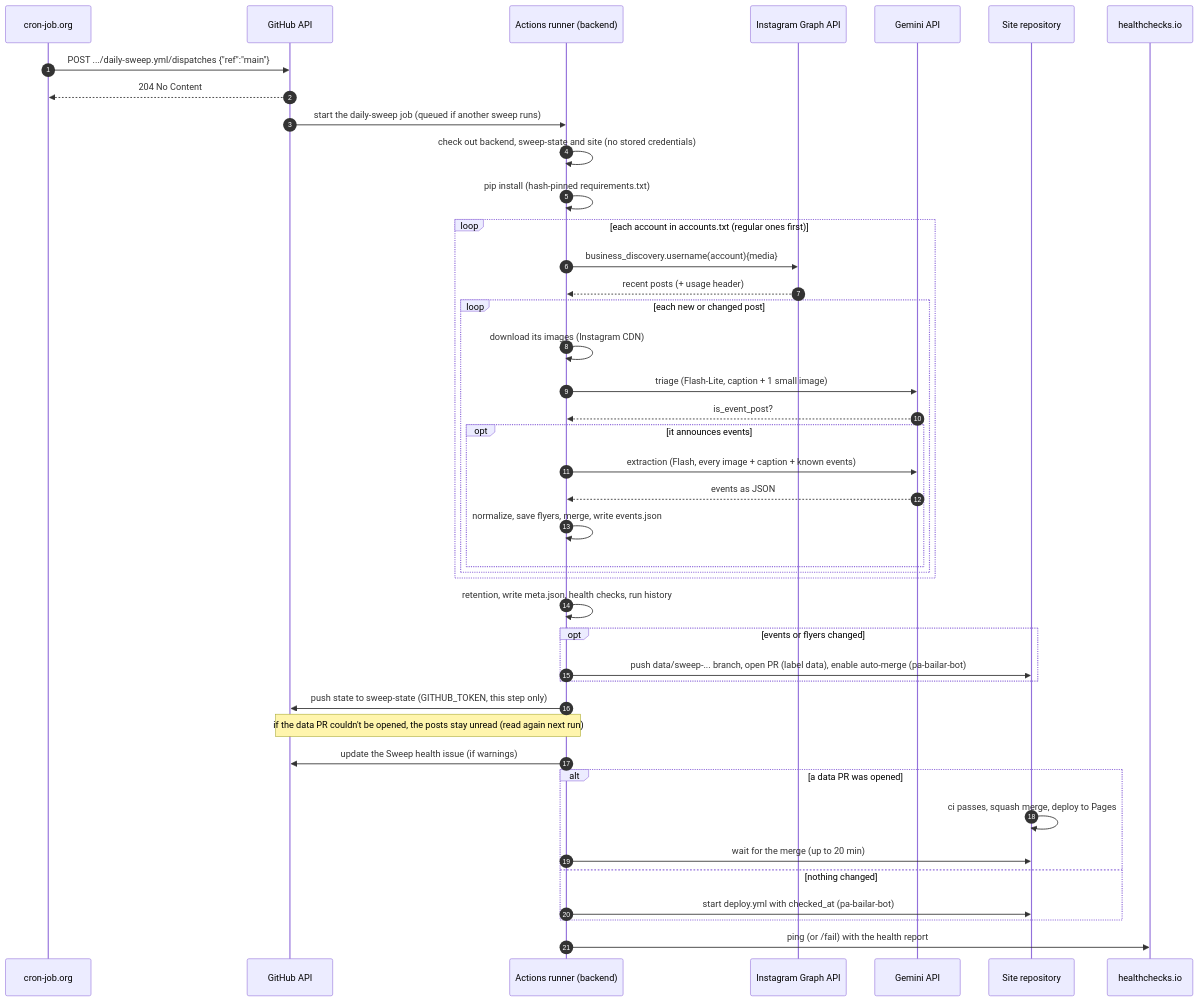
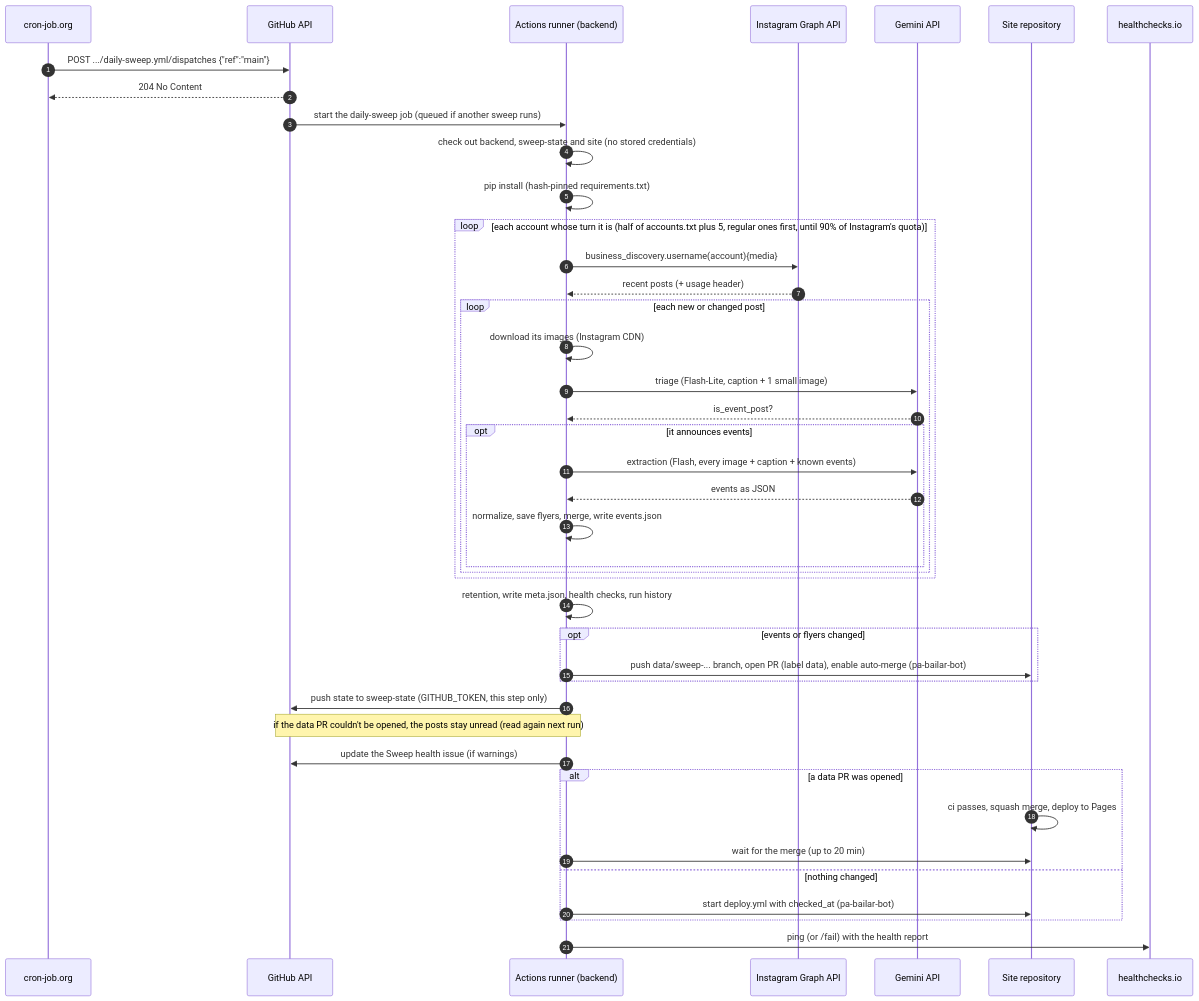
Before and after one commit to pa-bailar/backend: the second of 12 diagrams in docs/ARCHITECTURE.md, drawn with Mermaid. The commit also changed other lines of this file and 2 other files, not shown here.

Commit message:
docs: admin waits and inbox scope, request job, key errors, tokens, capacity, whose turn it is

````diff
--- a/docs/ARCHITECTURE.md
+++ b/docs/ARCHITECTURE.md
@@ -251,45 +251,45 @@
 ```mermaid
 sequenceDiagram
     autonumber
     participant CJ as cron-job.org
     participant GH as GitHub API
     participant R as Actions runner (backend)
     participant IG as Instagram Graph API
     participant G as Gemini API
     participant S as Site repository
     participant HC as healthchecks.io
 
     CJ->>GH: POST .../daily-sweep.yml/dispatches {"ref":"main"}
     GH-->>CJ: 204 No Content
     GH->>R: start the daily-sweep job (queued if another sweep runs)
     R->>R: check out backend, sweep-state and site (no stored credentials)
     R->>R: pip install (hash-pinned requirements.txt)
-    loop each account in accounts.txt (regular ones first)
+    loop each account whose turn it is (half of accounts.txt plus 5, regular ones first, until 90% of Instagram's quota)
         R->>IG: business_discovery.username(account){media}
         IG-->>R: recent posts (+ usage header)
         loop each new or changed post
             R->>R: download its images (Instagram CDN)
             R->>G: triage (Flash-Lite, caption + 1 small image)
             G-->>R: is_event_post?
             opt it announces events
                 R->>G: extraction (Flash, every image + caption + known events)
                 G-->>R: events as JSON
                 R->>R: normalize, save flyers, merge, write events.json
             end
         end
     end
     R->>R: retention, write meta.json, health checks, run history
     opt events or flyers changed
         R->>S: push data/sweep-... branch, open PR (label data), enable auto-merge (pa-bailar-bot)
     end
     R->>GH: push state to sweep-state (GITHUB_TOKEN, this step only)
     Note over R,GH: if the data PR couldn't be opened, the posts stay unread (read again next run)
     R->>GH: update the Sweep health issue (if warnings)
     alt a data PR was opened
         S->>S: ci passes, squash merge, deploy to Pages
         R->>S: wait for the merge (up to 20 min)
     else nothing changed
         R->>S: start deploy.yml with checked_at (pa-bailar-bot)
     end
     R->>HC: ping (or /fail) with the health report
 ```
````
